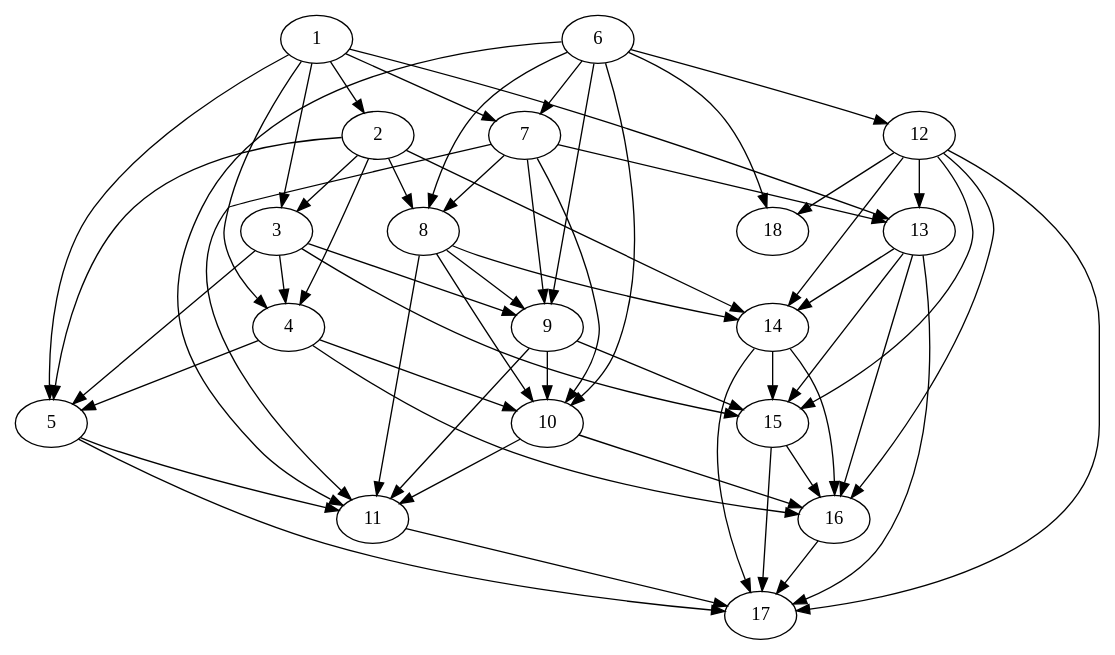
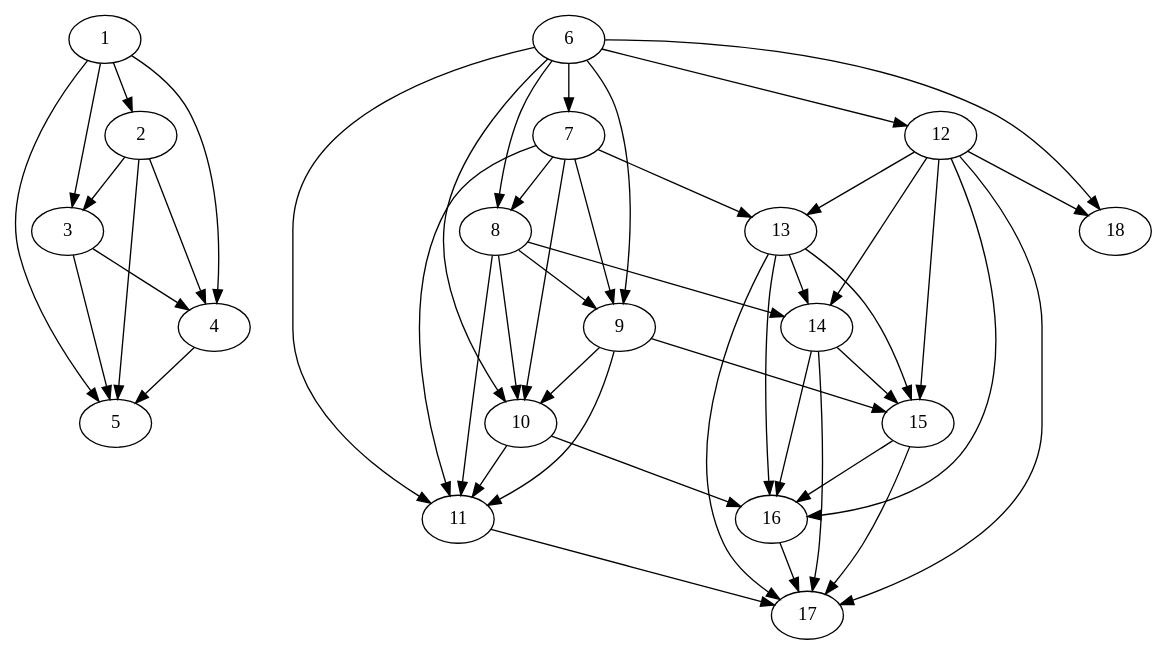
Before and after one commit to pedrovanzella/arizona-jones: the diagram in docs/testebobo.dot, drawn with Graphviz. The commit also changed 3 other files, not shown here.

```diff
--- a/docs/testebobo.dot
+++ b/docs/testebobo.dot
@@ -1,60 +1,50 @@
 strict digraph  {
 	1 -> 2;
 	1 -> 3;
 	1 -> 4;
 	1 -> 5;
-	1 -> 7;
-	1 -> 13;
 	2 -> 3;
 	2 -> 4;
 	2 -> 5;
-	2 -> 8;
-	2 -> 14;
 	3 -> 4;
 	3 -> 5;
-	3 -> 9;
-	3 -> 15;
 	4 -> 5;
-	4 -> 10;
-	4 -> 16;
-	5 -> 11;
-	5 -> 17;
 	6 -> 7;
 	6 -> 8;
 	6 -> 9;
 	6 -> 10;
 	6 -> 11;
 	6 -> 12;
 	6 -> 18;
 	7 -> 8;
 	7 -> 9;
 	7 -> 10;
 	7 -> 11;
 	7 -> 13;
 	8 -> 9;
 	8 -> 10;
 	8 -> 11;
 	8 -> 14;
 	9 -> 10;
 	9 -> 11;
 	9 -> 15;
 	10 -> 11;
 	10 -> 16;
 	11 -> 17;
 	12 -> 13;
 	12 -> 14;
 	12 -> 15;
 	12 -> 16;
 	12 -> 17;
 	12 -> 18;
 	13 -> 14;
 	13 -> 15;
 	13 -> 16;
 	13 -> 17;
 	14 -> 15;
 	14 -> 16;
 	14 -> 17;
 	15 -> 16;
 	15 -> 17;
 	16 -> 17;
 }
```
